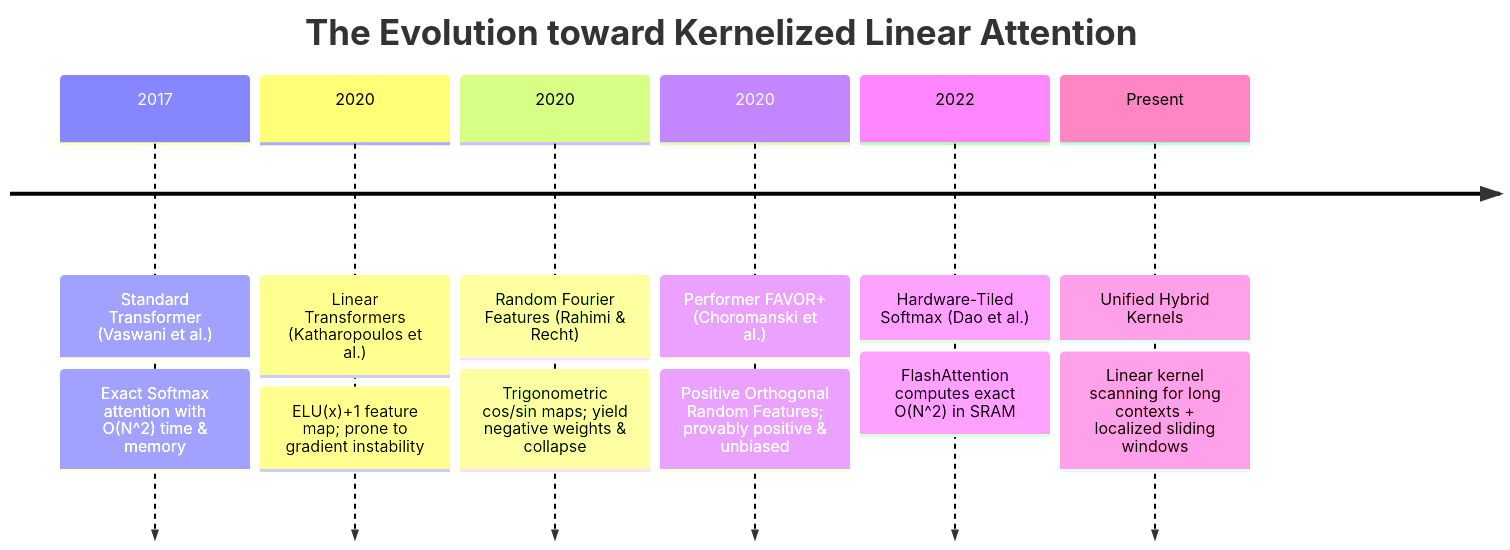
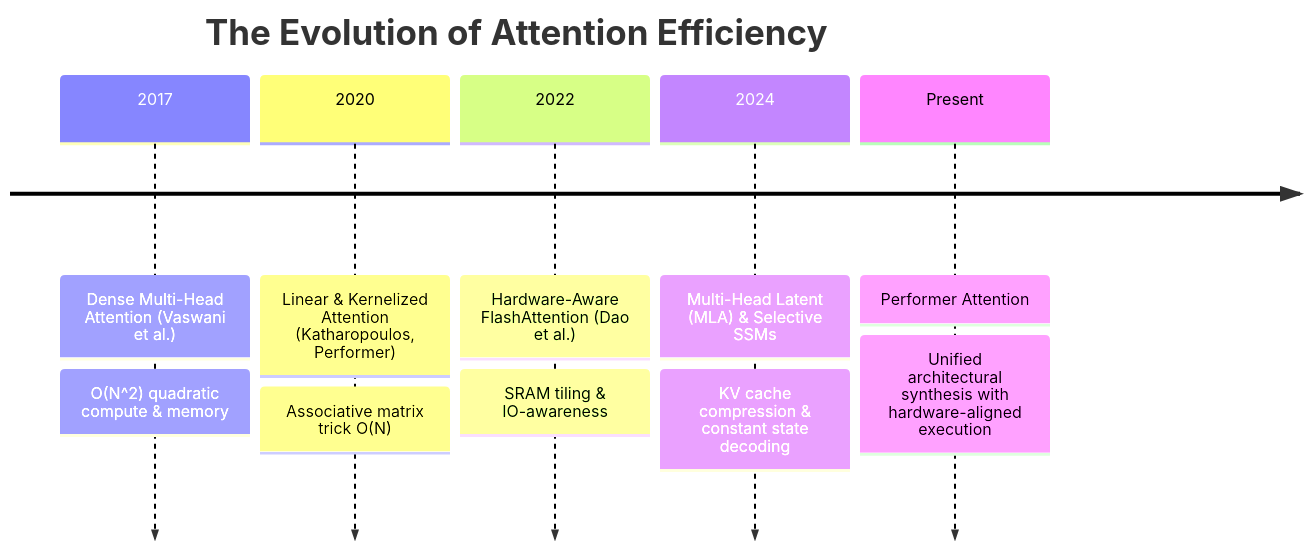
One commit to tahamajs/NeuralOps changed the first of 2 diagrams in Docs/content/attentions_blog/performer_attention_blog.md. Above: the diagram before and after it, drawn with Mermaid. The commit also changed other lines of this file and 193 other files, not shown here.

````diff
--- a/Docs/content/attentions_blog/performer_attention_blog.md
+++ b/Docs/content/attentions_blog/performer_attention_blog.md
@@ -83,10 +58,9 @@
 ```mermaid
 timeline
-    title The Evolution toward Kernelized Linear Attention
-    2017 : Standard Transformer (Vaswani et al.) : Exact Softmax attention with O(N^2) time & memory
-    2020 : Linear Transformers (Katharopoulos et al.) : ELU(x)+1 feature map; prone to gradient instability
-    2020 : Random Fourier Features (Rahimi & Recht) : Trigonometric cos/sin maps; yield negative weights & collapse
-    2020 : Performer FAVOR+ (Choromanski et al.) : Positive Orthogonal Random Features; provably positive & unbiased
-    2022 : Hardware-Tiled Softmax (Dao et al.) : FlashAttention computes exact O(N^2) in SRAM
-    Present : Unified Hybrid Kernels : Linear kernel scanning for long contexts + localized sliding windows
+    title The Evolution of Attention Efficiency
+    2017 : Dense Multi-Head Attention (Vaswani et al.) : O(N^2) quadratic compute & memory
+    2020 : Linear & Kernelized Attention (Katharopoulos, Performer) : Associative matrix trick O(N)
+    2022 : Hardware-Aware FlashAttention (Dao et al.) : SRAM tiling & IO-awareness
+    2024 : Multi-Head Latent (MLA) & Selective SSMs : KV cache compression & constant state decoding
+    Present : Performer Attention : Unified architectural synthesis with hardware-aligned execution
 ```
````
